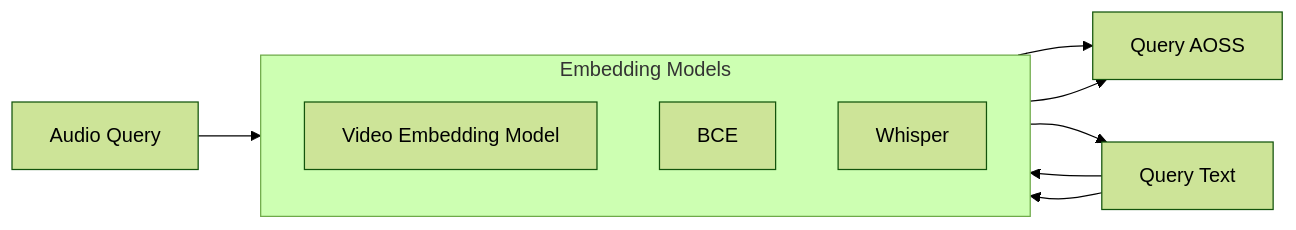
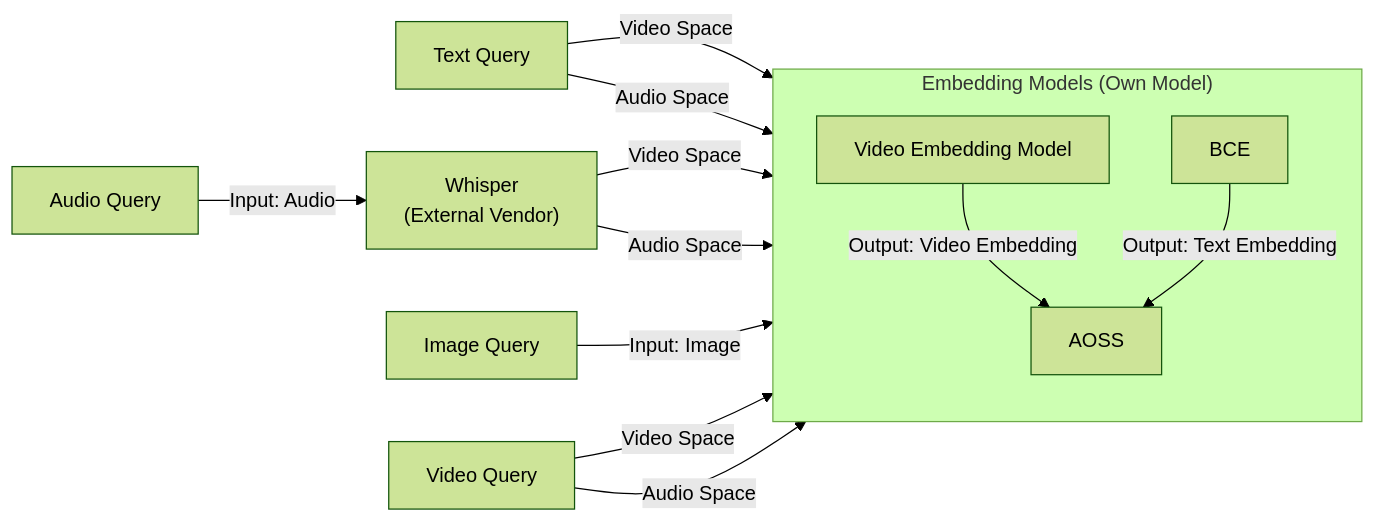
One commit to yike5460/shortvideo-online changed the first of 7 diagrams in README.md. Above: the diagram before and after it, drawn with Mermaid (forest theme).

Commit message:
docs: update the query process

````diff
--- a/README.md
+++ b/README.md
@@ -306,14 +306,25 @@
 ```mermaid
 flowchart LR
-    subgraph EmbeddingModels["Embedding Models"]
+    subgraph EmbeddingModels["Embedding Models (Own Model)"]
         direction TB
-        VE[Video Embedding Model]
-        BCE[BCE]
-        Whisper[Whisper]
+        VE[Video Embedding Model] --> |Output: Video Embedding| AOSS
+        BCE[BCE] --> |Output: Text Embedding| AOSS
     end
 
-    QT[Query Text] --> VE --> AOSS[Query AOSS]
-    QT --> BCE --> AOSS
+    Whisper["Whisper<br>(External Vendor)"]
 
-    AQ[Audio Query] --> Whisper --> QT
+    %% Text Query Paths
+    TQ[Text Query] --> |Video Space| VE
+    TQ --> |Audio Space| BCE
+
+    %% Audio Query Paths
+    AQ[Audio Query] --> |Input: Audio| Whisper --> |Video Space| BCE
+    Whisper --> |Audio Space| VE
+
+    %% Image Query Paths
+    IQ[Image Query] --> |Input: Image| VE
+
+    %% Video Query Paths
+    VQ[Video Query] --> |Video Space| VE
+    VQ --> |Audio Space| BCE
 ```
````
